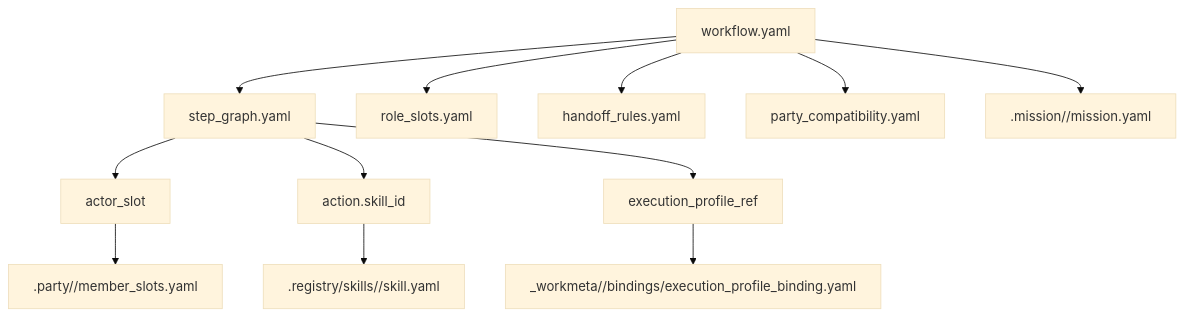
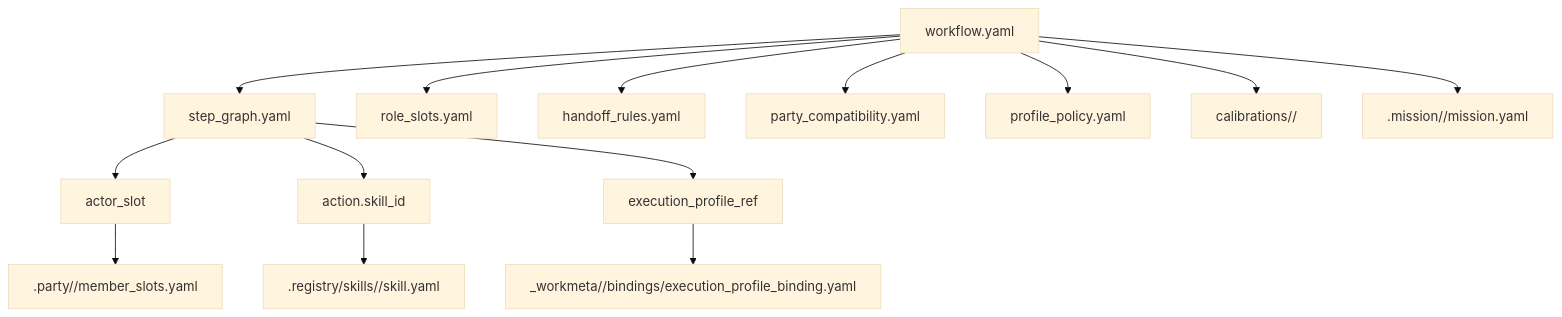
Before and after one commit to SungYongMOON/soulforge: the first of 2 diagrams in .workflow/README.md, drawn with Mermaid (base theme). The commit also changed other lines of this file and 433 other files, not shown here.

Commit message:
workflow: profile optimizer calibration 등록

````diff
--- a/.workflow/README.md
+++ b/.workflow/README.md
@@ -19,14 +20,16 @@
 ```mermaid
 flowchart TD
   WF["workflow.yaml"] --> SG["step_graph.yaml"]
   WF --> RS["role_slots.yaml"]
   WF --> HH["handoff_rules.yaml"]
   WF --> PC["party_compatibility.yaml"]
+  WF --> PP["profile_policy.yaml"]
+  WF --> CAL["calibrations/<calibration_id>/"]
   WF --> MI[".mission/<mission_id>/mission.yaml"]
   SG --> SLOT["actor_slot"]
   SG --> SK["action.skill_id"]
   SG --> EP["execution_profile_ref"]
   SLOT --> PT[".party/<party_id>/member_slots.yaml"]
   SK --> REG[".registry/skills/<skill_id>/skill.yaml"]
   EP --> BIND["_workmeta/<project_code>/bindings/execution_profile_binding.yaml"]
 ```
````
